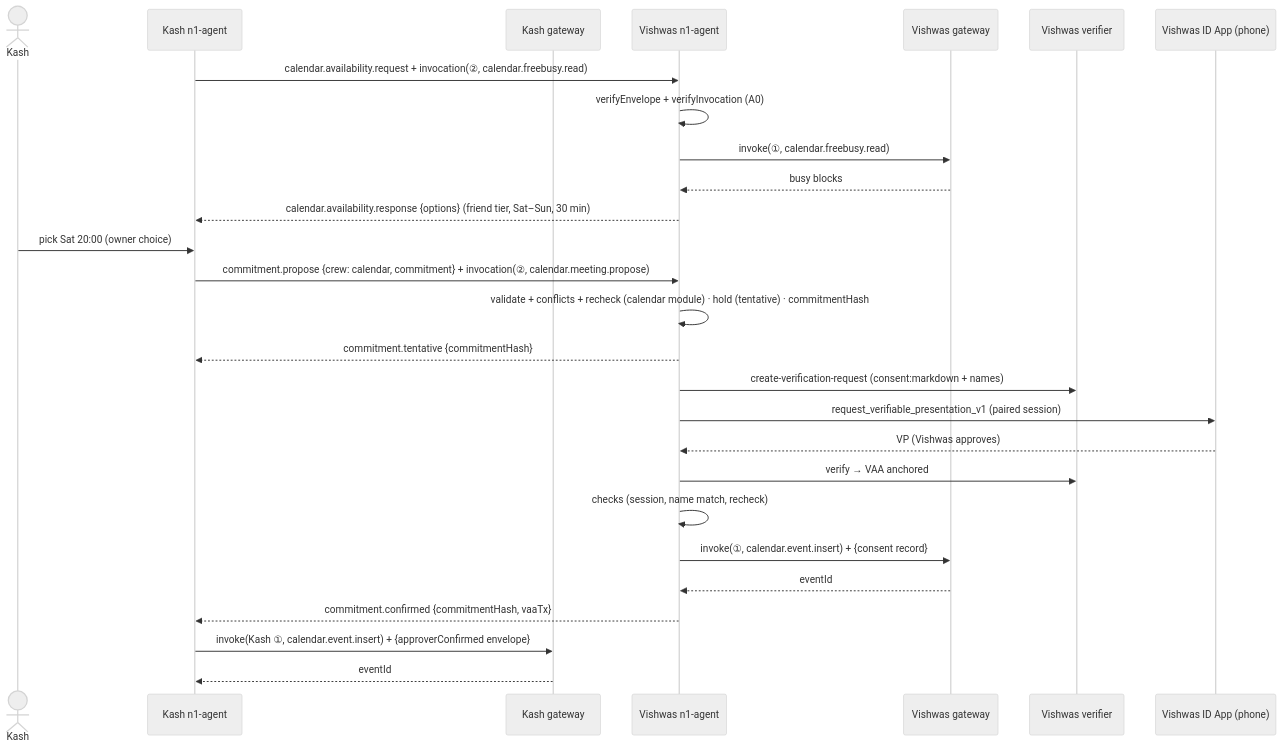
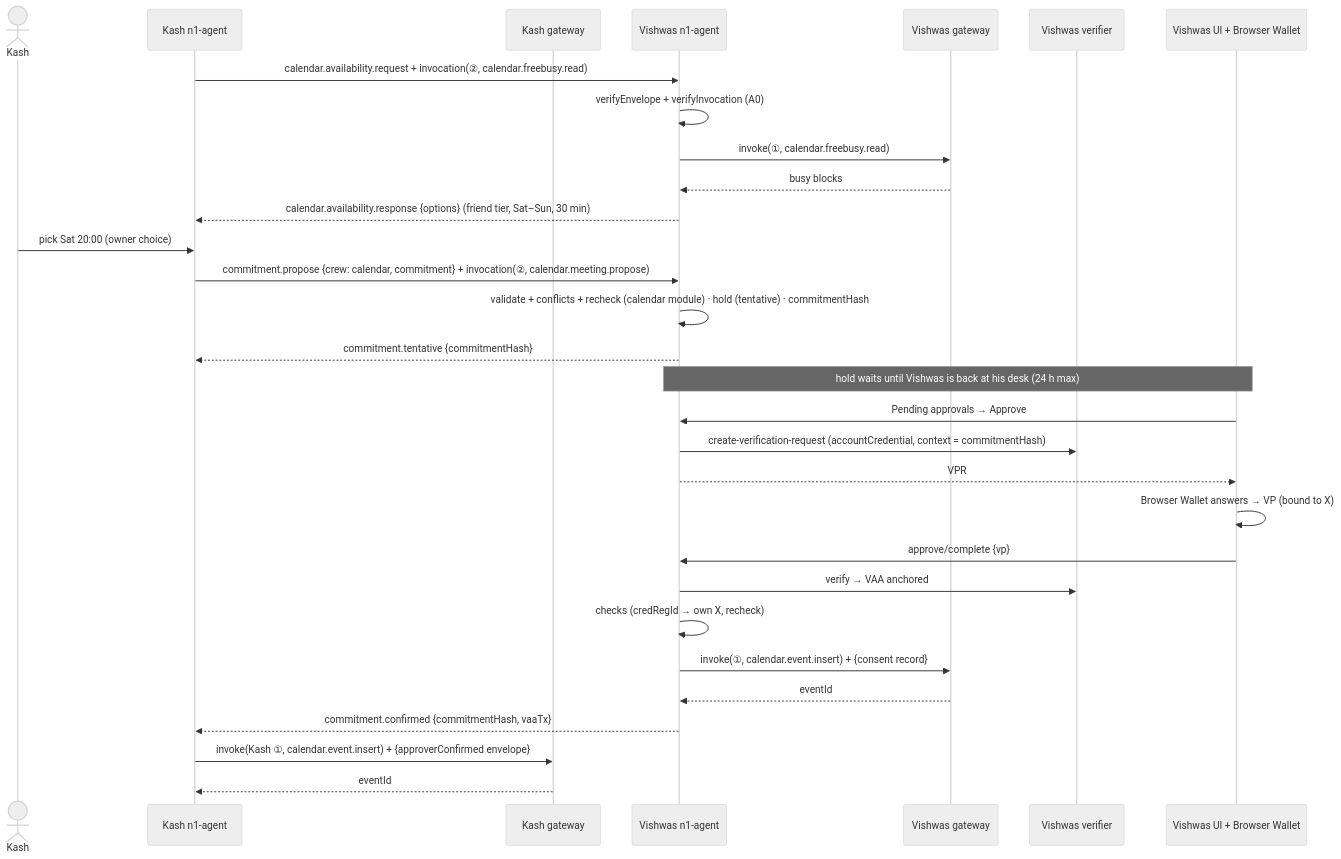
One commit to Vishwas1/number1-agent changed the third of 3 diagrams in spec/flows.md. Above: the diagram before and after it, drawn with Mermaid (neutral theme). The commit also changed other lines of this file and 17 other files, not shown here.

````diff
--- a/spec/flows.md
+++ b/spec/flows.md
@@ -69,30 +68,33 @@
 ```mermaid
 sequenceDiagram
     actor K as Kash
     participant KN as Kash n1-agent
     participant KG as Kash gateway
     participant VN as Vishwas n1-agent
     participant VG as Vishwas gateway
     participant VV as Vishwas verifier
-    participant IDA as Vishwas ID App (phone)
+    participant VUI as Vishwas UI + Browser Wallet
 
     KN->>VN: calendar.availability.request + invocation(②, calendar.freebusy.read)
     VN->>VN: verifyEnvelope + verifyInvocation (A0)
     VN->>VG: invoke(①, calendar.freebusy.read)
     VG-->>VN: busy blocks
     VN-->>KN: calendar.availability.response {options} (friend tier, Sat–Sun, 30 min)
     K->>KN: pick Sat 20:00 (owner choice)
     KN->>VN: commitment.propose {crew: calendar, commitment} + invocation(②, calendar.meeting.propose)
     VN->>VN: validate + conflicts + recheck (calendar module) · hold (tentative) · commitmentHash
     VN-->>KN: commitment.tentative {commitmentHash}
-    VN->>VV: create-verification-request (consent:markdown + names)
-    VN->>IDA: request_verifiable_presentation_v1 (paired session)
-    IDA-->>VN: VP (Vishwas approves)
+    Note over VN,VUI: hold waits until Vishwas is back at his desk (24 h max)
+    VUI->>VN: Pending approvals → Approve
+    VN->>VV: create-verification-request (accountCredential, context = commitmentHash)
+    VN-->>VUI: VPR
+    VUI->>VUI: Browser Wallet answers → VP (bound to X)
+    VUI->>VN: approve/complete {vp}
     VN->>VV: verify → VAA anchored
-    VN->>VN: checks (session, name match, recheck)
+    VN->>VN: checks (credRegId → own X, recheck)
     VN->>VG: invoke(①, calendar.event.insert) + {consent record}
     VG-->>VN: eventId
     VN-->>KN: commitment.confirmed {commitmentHash, vaaTx}
     KN->>KG: invoke(Kash ①, calendar.event.insert) + {approverConfirmed envelope}
     KG-->>KN: eventId
 ```
````
